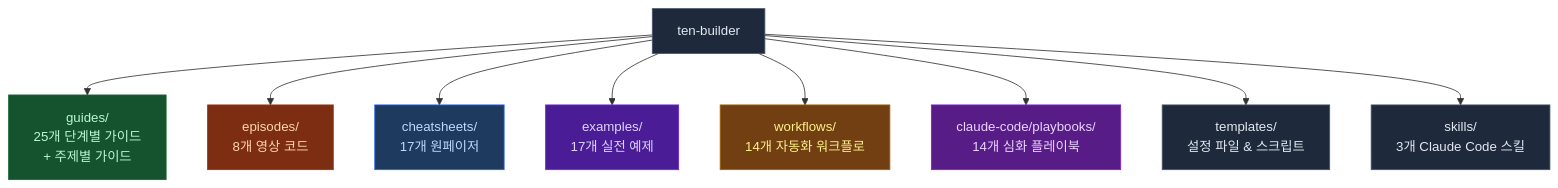
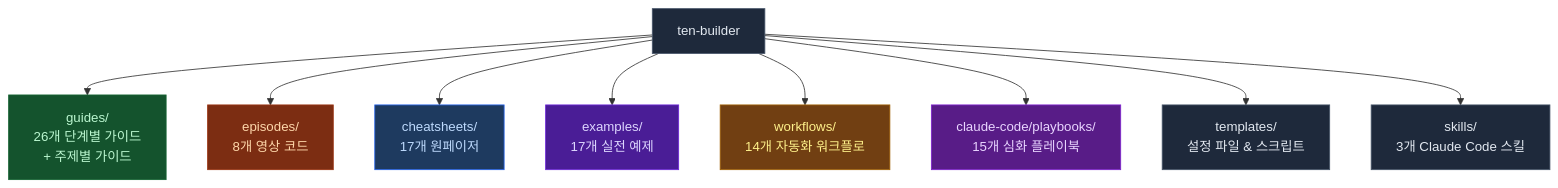
The first of 2 diagrams in README.md (AndrewRoh/ten-builder), drawn with Mermaid before and after one commit. The commit also changed other lines of this file, not shown here.

Commit message:
docs: README sync -- 2 items added (guide 26, playbook 21) (#90)

````diff
--- a/README.md
+++ b/README.md
@@ -23,21 +23,21 @@
 ```mermaid
 flowchart TD
-    R["ten-builder"] --> G["guides/\n25개 단계별 가이드\n+ 주제별 가이드"]
+    R["ten-builder"] --> G["guides/\n26개 단계별 가이드\n+ 주제별 가이드"]
     R --> E["episodes/\n8개 영상 코드"]
     R --> C["cheatsheets/\n17개 원페이저"]
     R --> EX["examples/\n17개 실전 예제"]
     R --> W["workflows/\n14개 자동화 워크플로"]
-    R --> P["claude-code/playbooks/\n14개 심화 플레이북"]
+    R --> P["claude-code/playbooks/\n15개 심화 플레이북"]
     R --> T["templates/\n설정 파일 & 스크립트"]
     R --> S["skills/\n3개 Claude Code 스킬"]
 
     style R fill:#1e293b,stroke:#475569,color:#e2e8f0
     style G fill:#14532d,stroke:#166534,color:#bbf7d0
     style E fill:#7c2d12,stroke:#9a3412,color:#fed7aa
     style C fill:#1e3a5f,stroke:#2563eb,color:#bfdbfe
     style EX fill:#4a1d96,stroke:#6d28d9,color:#ddd6fe
     style W fill:#713f12,stroke:#a16207,color:#fef08a
     style P fill:#581c87,stroke:#7e22ce,color:#e9d5ff
     style T fill:#1e293b,stroke:#475569,color:#e2e8f0
     style S fill:#1e293b,stroke:#475569,color:#e2e8f0
 ```
````
